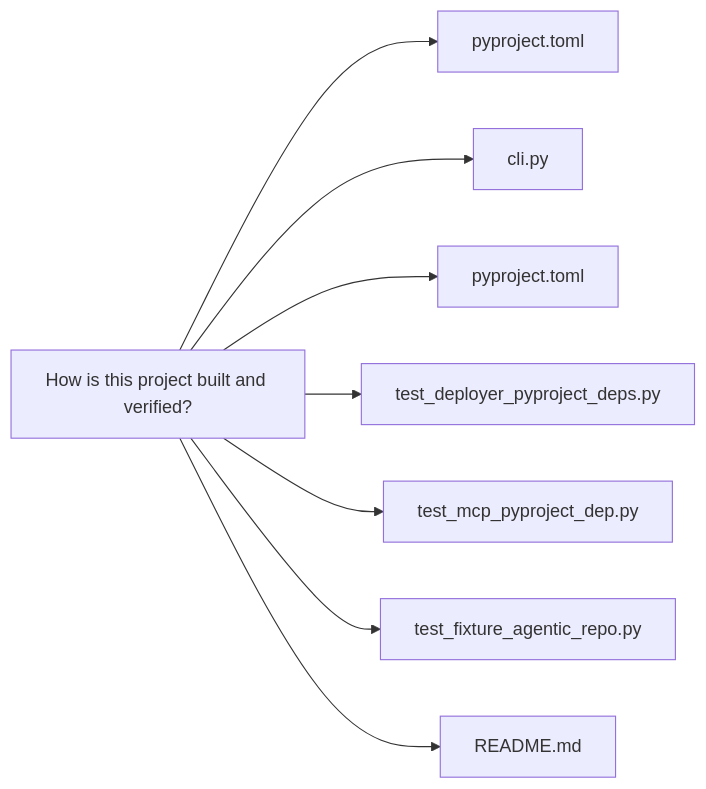
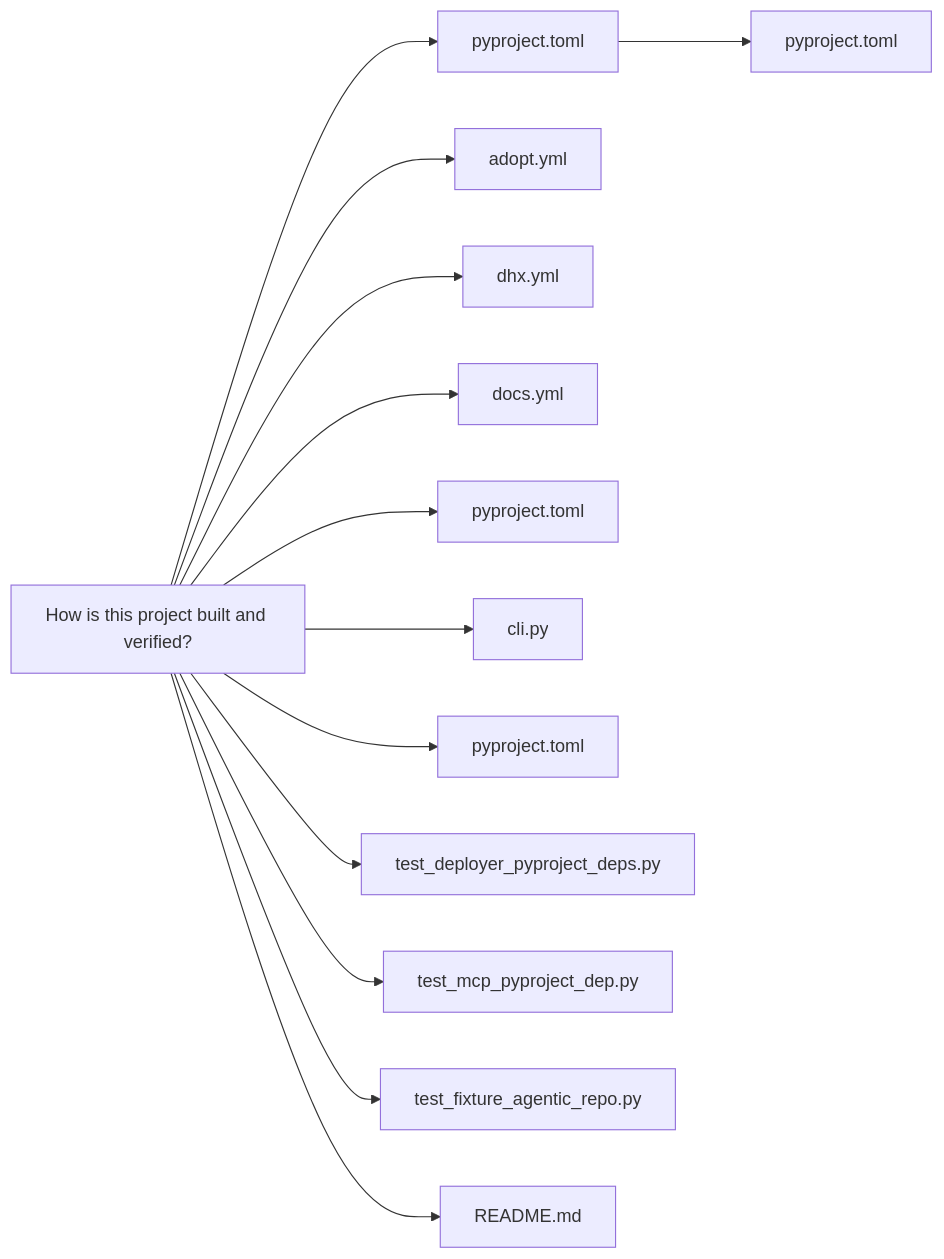
Before and after one commit to norandom/DocuHarnessX: the second of 3 diagrams in docs/build-pyproject-toml-a625bf0a.md, drawn with Mermaid. The commit also changed 12 other files, not shown here.

````diff
--- a/docs/build-pyproject-toml-a625bf0a.md
+++ b/docs/build-pyproject-toml-a625bf0a.md
@@ -42,18 +42,28 @@
 ```mermaid
 flowchart LR
   n0["How is this project built and verified?"]
   n1["pyproject.toml"]
-  n2["cli.py"]
-  n3["pyproject.toml"]
-  n4["test_deployer_pyproject_deps.py"]
-  n5["test_mcp_pyproject_dep.py"]
-  n6["test_fixture_agentic_repo.py"]
-  n7["README.md"]
+  n2["pyproject.toml"]
+  n3["adopt.yml"]
+  n4["dhx.yml"]
+  n5["docs.yml"]
+  n6["pyproject.toml"]
+  n7["cli.py"]
+  n8["pyproject.toml"]
+  n9["test_deployer_pyproject_deps.py"]
+  n10["test_mcp_pyproject_dep.py"]
+  n11["test_fixture_agentic_repo.py"]
+  n12["README.md"]
   n0 --> n1
-  n0 --> n2
+  n1 --> n2
   n0 --> n3
   n0 --> n4
   n0 --> n5
   n0 --> n6
   n0 --> n7
+  n0 --> n8
+  n0 --> n9
+  n0 --> n10
+  n0 --> n11
+  n0 --> n12
 ```
````
